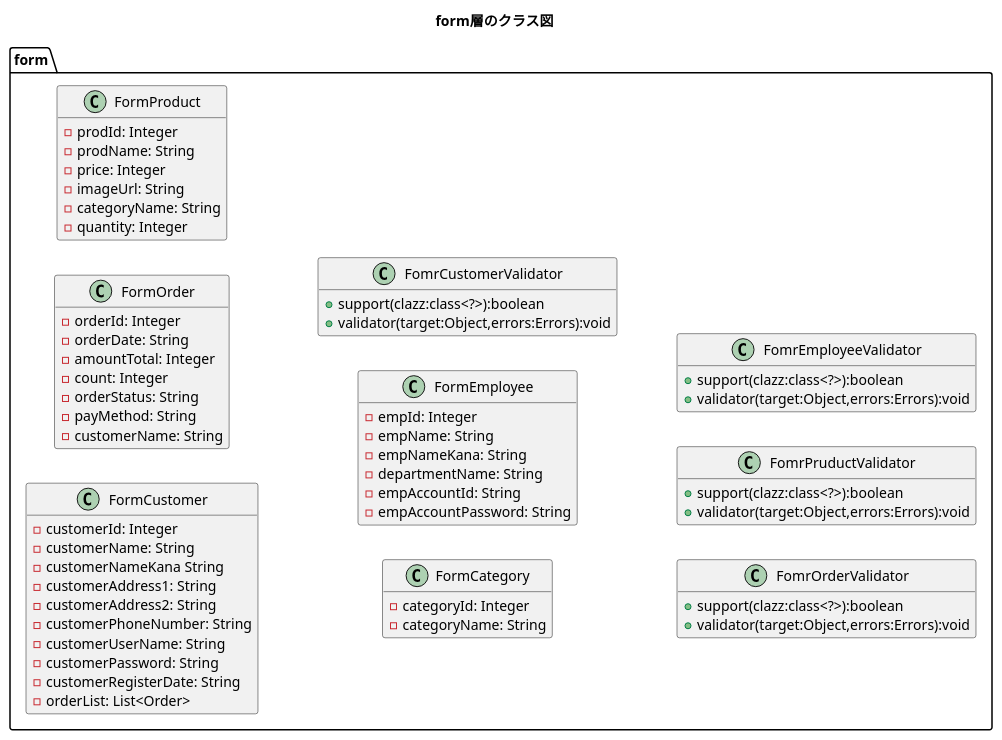
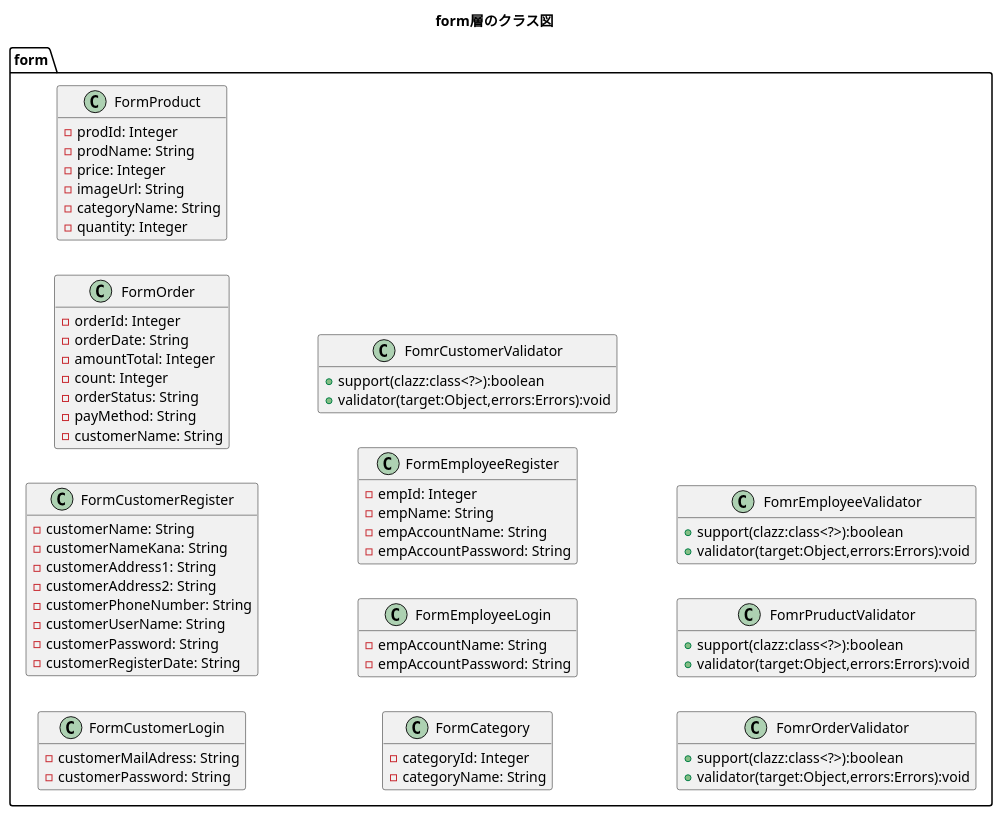
Before and after one commit to kanavii3333/ec-b: the diagram in plan/uml/class/form.plantuml, drawn with PlantUML. The commit also changed 1 other file, not shown here.

Commit message:
form entityクラス図の修正

```diff
--- a/plan/uml/class/form.plantuml
+++ b/plan/uml/class/form.plantuml
@@ -1,73 +1,79 @@
 @startuml
 title form層のクラス図
 hide empty members
 left to right direction
 
 package form{
-    class FormCustomer{
-        -customerId: Integer
+	class FormCustomerLogin{
+		-customerMailAdress: String
+		-customerPassword: String
+	}
+
+    class FormCustomerRegister{
         -customerName: String
-        -customerNameKana String
+        -customerNameKana: String
         -customerAddress1: String
         -customerAddress2: String
         -customerPhoneNumber: String
         -customerUserName: String
         -customerPassword: String
         -customerRegisterDate: String
-        -orderList: List<Order>
     }
 
     class FormOrder{
         -orderId: Integer
         -orderDate: String
         -amountTotal: Integer
         -count: Integer
         -orderStatus: String
         -payMethod: String
         -customerName: String
     }
 
     class FormProduct{
         -prodId: Integer
         -prodName: String
         -price: Integer
         -imageUrl: String
         -categoryName: String
         -quantity: Integer
     }
     
     class FormCategory{
         -categoryId: Integer
         -categoryName: String
     }
-
-    class FormEmployee{
-        -empId: Integer
-        -empName: String
-        -empNameKana: String
-        -departmentName: String
-        -empAccountId: String
+	
+	class FormEmployeeLogin{
+		-empAccountName: String
         -empAccountPassword: String
-    }
+	}
+	
+	class FormEmployeeRegister{
+		-empId: Integer
+		-empName: String
+		-empAccountName: String
+        -empAccountPassword: String
+	}
     
     class FomrCustomerValidator{
 		+support(clazz:class<?>):boolean
 		+validator(target:Object,errors:Errors):void
     }
     
     class FomrOrderValidator{
 		+support(clazz:class<?>):boolean
 		+validator(target:Object,errors:Errors):void
     }
     
     class FomrPruductValidator{
 		+support(clazz:class<?>):boolean
 		+validator(target:Object,errors:Errors):void
     }
     
     class FomrEmployeeValidator{
 		+support(clazz:class<?>):boolean
 		+validator(target:Object,errors:Errors):void
     }
 }
 @enduml
```
